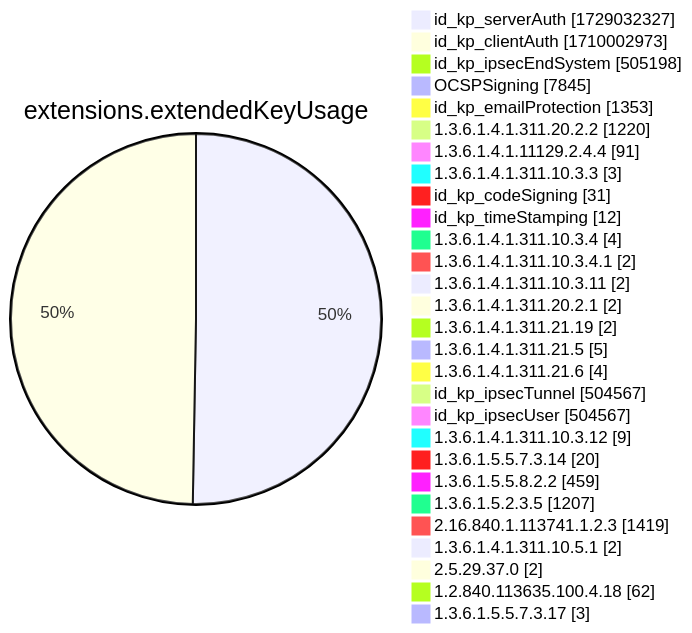
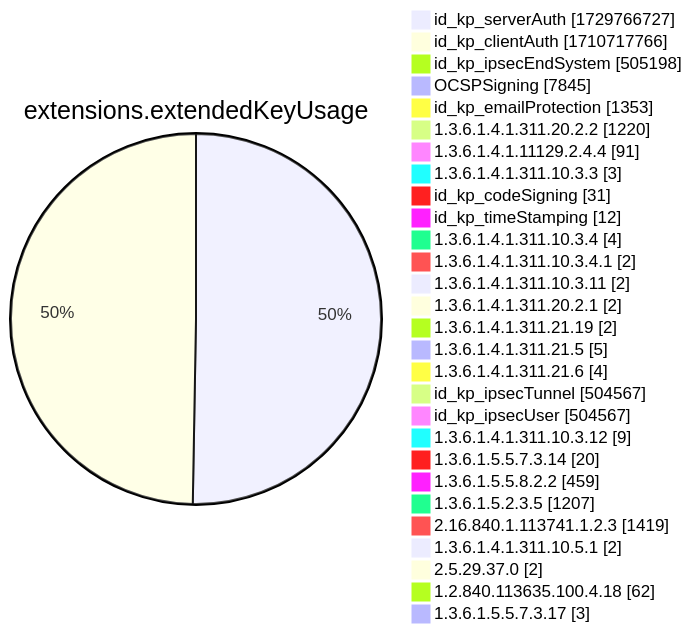
Diagram 12 of 15 in xenon2022/README.md (christiankrug/ctmonitor_visualization), drawn with Mermaid before and after one commit. The commit also changed other lines of this file, not shown here.

````diff
--- a/xenon2022/README.md
+++ b/xenon2022/README.md
@@ -3889,32 +3889,32 @@
 ```mermaid
 pie showData
 title extensions.extendedKeyUsage
-"id_kp_serverAuth" :1729032327
-"id_kp_clientAuth" :1710002973
+"id_kp_serverAuth" :1729766727
+"id_kp_clientAuth" :1710717766
 "id_kp_ipsecEndSystem" :505198
 "OCSPSigning" :7845
 "id_kp_emailProtection" :1353
 "1.3.6.1.4.1.311.20.2.2" :1220
 "1.3.6.1.4.1.11129.2.4.4" :91
 "1.3.6.1.4.1.311.10.3.3" :3
 "id_kp_codeSigning" :31
 "id_kp_timeStamping" :12
 "1.3.6.1.4.1.311.10.3.4" :4
 "1.3.6.1.4.1.311.10.3.4.1" :2
 "1.3.6.1.4.1.311.10.3.11" :2
 "1.3.6.1.4.1.311.20.2.1" :2
 "1.3.6.1.4.1.311.21.19" :2
 "1.3.6.1.4.1.311.21.5" :5
 "1.3.6.1.4.1.311.21.6" :4
 "id_kp_ipsecTunnel" :504567
 "id_kp_ipsecUser" :504567
 "1.3.6.1.4.1.311.10.3.12" :9
 "1.3.6.1.5.5.7.3.14" :20
 "1.3.6.1.5.5.8.2.2" :459
 "1.3.6.1.5.2.3.5" :1207
 "2.16.840.1.113741.1.2.3" :1419
 "1.3.6.1.4.1.311.10.5.1" :2
 "2.5.29.37.0" :2
 "1.2.840.113635.100.4.18" :62
 "1.3.6.1.5.5.7.3.17" :3
 ```
````
